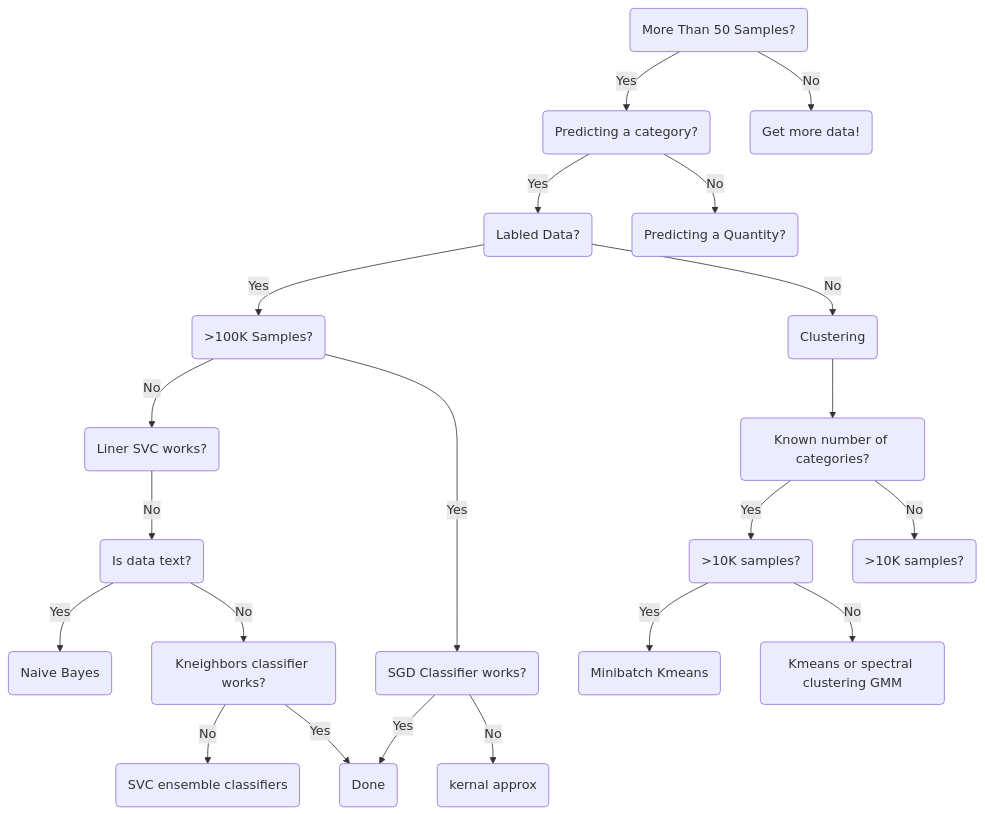
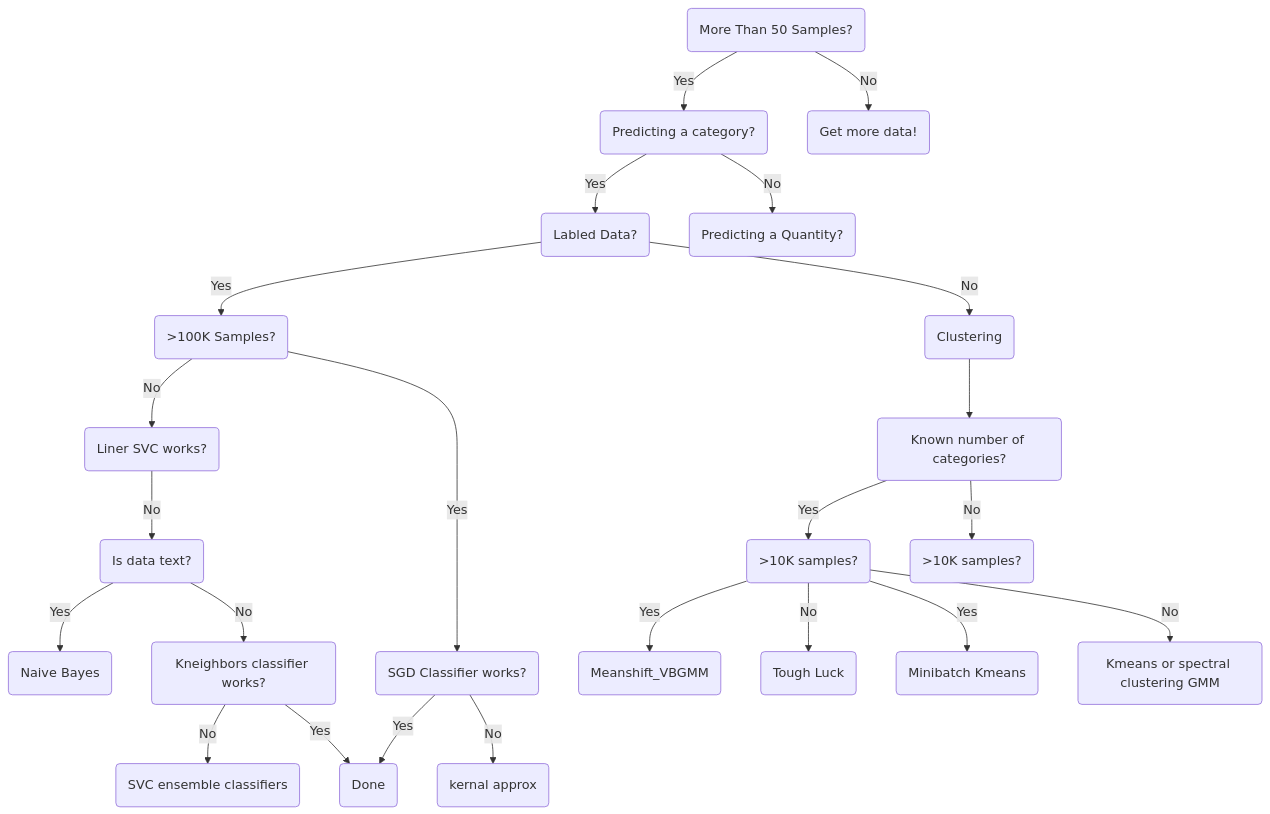
Before and after one commit to hwetsman/Public_Notes: the diagram in ML_Cheatsheet.md, drawn with Mermaid.

````diff
--- a/ML_Cheatsheet.md
+++ b/ML_Cheatsheet.md
@@ -1,47 +1,51 @@
 ```mermaid
 flowchart TD
 id1(More Than 50 Samples?)
   id2(Predicting a category?)
     id1-->|Yes|id2
     id4(Labled Data?)
       id2-->|Yes|id4
       id6(>100K Samples?)
         id4-->|Yes|id6
         id14(Clustering)
         id15(Known number of categories?)
           id16(>10K samples?)
           id17(>10K samples?)
           id15-->|Yes|id16
+            id20(Meanshift_VBGMM)
+            id98(Tough Luck)
+            id16-->|Yes|id20
+            id16-->|No|id98
           id15-->|No|id17
             id18(Minibatch Kmeans)
             id19(Kmeans or spectral clustering GMM)
             id16-->|Yes|id18
             id16-->|No|id19
         id14-->id15
         id4-->|No|id14
         id7(Liner SVC works?)
         id6-->|No|id7
         id8(SGD Classifier works?)
           id8-->|Yes|id99
           id13(kernal approx)
           id8-->|No|id13
         id6-->|Yes|id8
           id9(Is data text?)
           id7-->|No|id9
             id10(Naive Bayes)
             id9-->|Yes|id10
             id11(Kneighbors classifier works?)
             id9-->|No|id11
               id12(SVC ensemble classifiers)
               id11-->|No|id12
               id99(Done)
               id11-->|Yes|id99
     id5(Predicting a Quantity?)
       id2-->|No|id5
 
 
   id3(Get more data!)
     id1-->|No|id3
   
   
 ```
````
